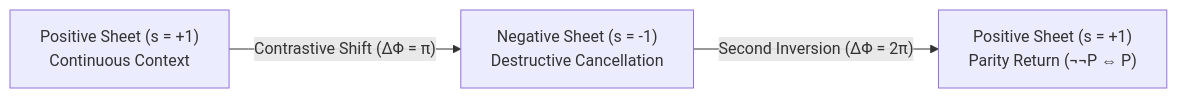
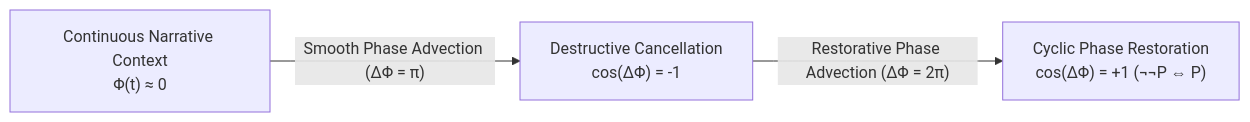
One commit to 3y3y3y-huaiji/mobius-attention changed the second of 3 diagrams in README.md. Above: the diagram before and after it, drawn with Mermaid. The commit also changed other lines of this file and 26 other files, not shown here.

First line of the commit message:
refactor: de-bloat and transition to continuous semantic torsion flow

````diff
--- a/README.md
+++ b/README.md
@@ -98,5 +98,5 @@
 ```mermaid
 flowchart LR
-    P1["Positive Sheet (s = +1)<br>Continuous Context"] -->|"Contrastive Shift (ΔΦ = π)"| N["Negative Sheet (s = -1)<br>Destructive Cancellation"]
-    N -->|"Second Inversion (ΔΦ = 2π)"| P2["Positive Sheet (s = +1)<br>Parity Return (¬¬P ⇔ P)"]
+    P1["Continuous Narrative Context<br>Φ(t) ≈ 0"] -->|"Smooth Phase Advection (ΔΦ = π)"| N["Destructive Cancellation<br>cos(ΔΦ) = -1"]
+    N -->|"Restorative Phase Advection (ΔΦ = 2π)"| P2["Cyclic Phase Restoration<br>cos(ΔΦ) = +1 (¬¬P ⇔ P)"]
 ```
````
